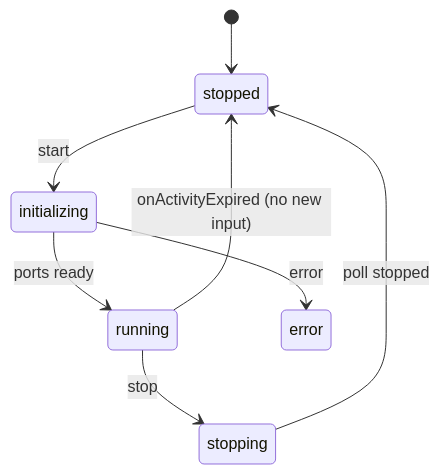
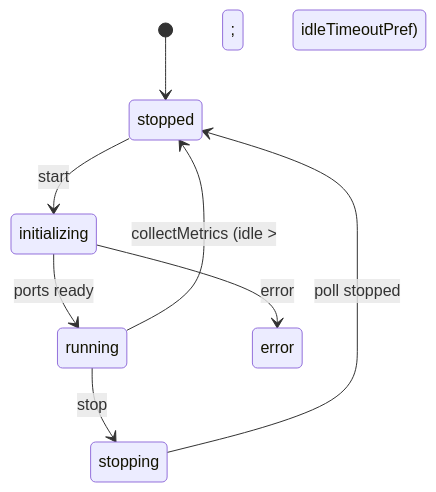
One commit to nikolanovoselec/codeflare changed the seventh of 10 diagrams in documentation/architecture.md. Above: the diagram before and after it, drawn with Mermaid. The commit also changed other lines of this file and 1 other file, not shown here.

````diff
--- a/documentation/architecture.md
+++ b/documentation/architecture.md
@@ -400,10 +392,10 @@
 ```mermaid
 stateDiagram-v2
     [*] --> stopped
     stopped --> initializing : start
     initializing --> running : ports ready
     initializing --> error : error
     running --> stopping : stop
     stopping --> stopped : poll stopped
-    running --> stopped : onActivityExpired (no new input)
+    running --> stopped : collectMetrics (idle &gt; idleTimeoutPref)
 ```
````
